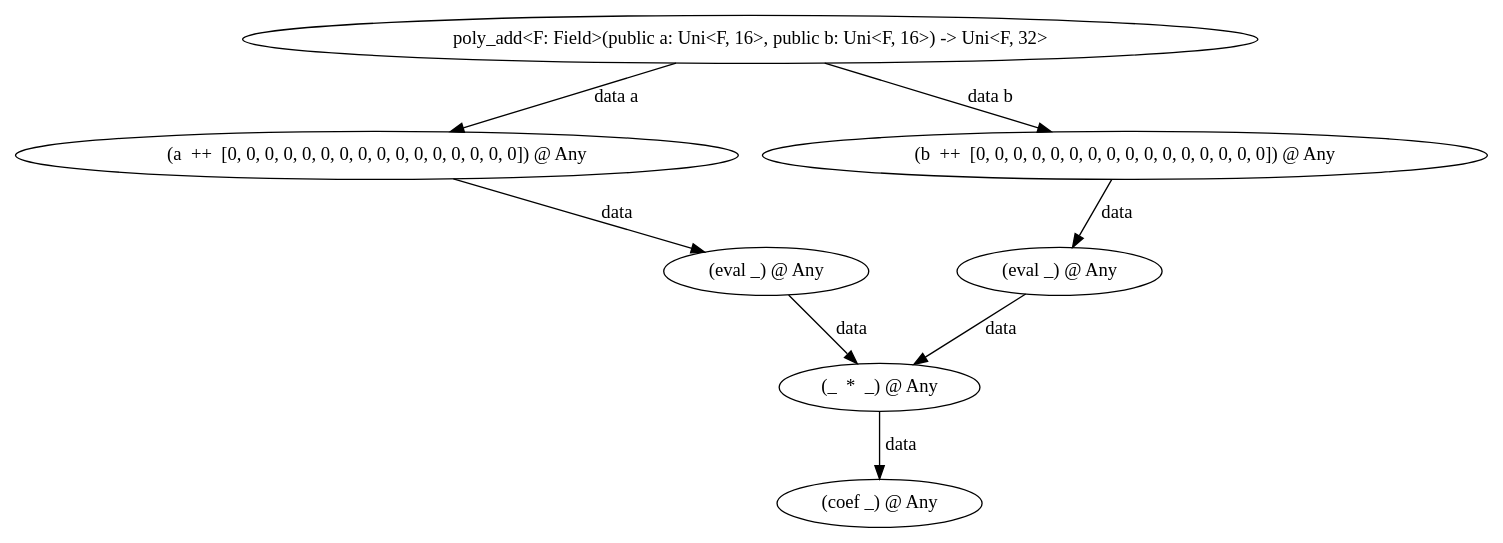
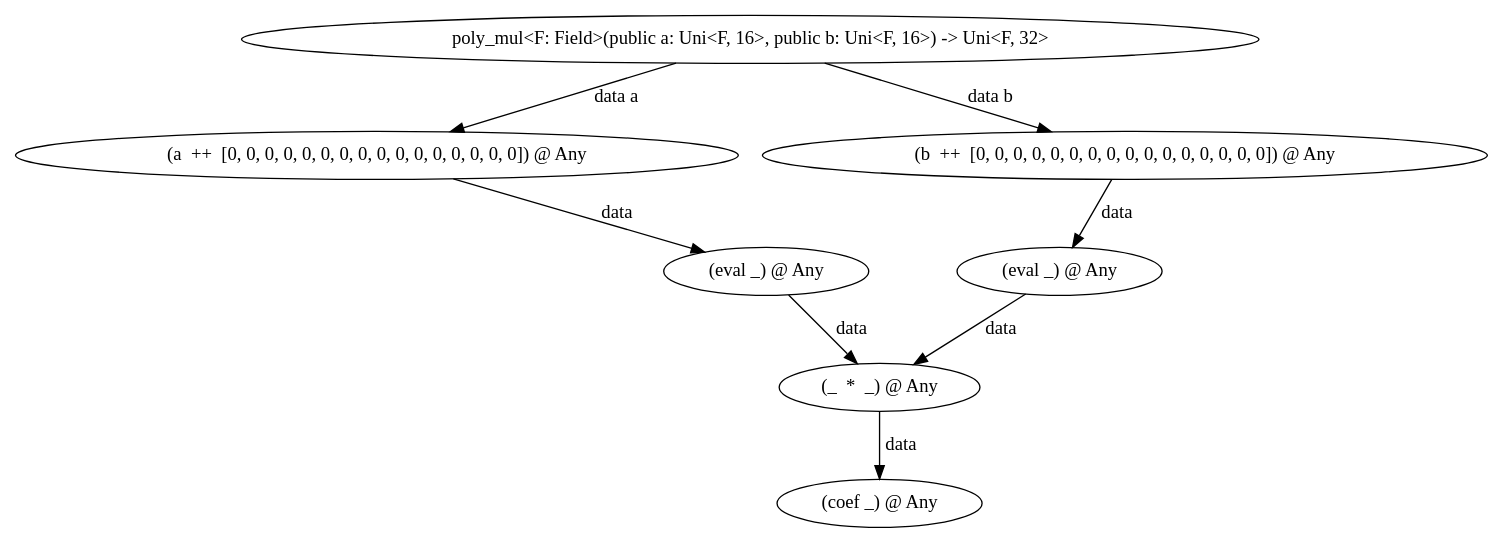
One commit to eniac/zippel changed the diagram in graph/graph_poly.dot. Above: the diagram before and after it, drawn with Graphviz. The commit also changed 7 other files, not shown here.

```diff
--- a/graph/graph_poly.dot
+++ b/graph/graph_poly.dot
@@ -1,16 +1,16 @@
 digraph {
-    0 [ label = "poly_add<F: Field>(public a: Uni<F, 16>, public b: Uni<F, 16>) -> Uni<F, 32>" ]
+    0 [ label = "poly_mul<F: Field>(public a: Uni<F, 16>, public b: Uni<F, 16>) -> Uni<F, 32>" ]
     1 [ label = "(a  ++  [0, 0, 0, 0, 0, 0, 0, 0, 0, 0, 0, 0, 0, 0, 0, 0]) @ Any" ]
     2 [ label = "(eval _) @ Any" ]
     3 [ label = "(b  ++  [0, 0, 0, 0, 0, 0, 0, 0, 0, 0, 0, 0, 0, 0, 0, 0]) @ Any" ]
     4 [ label = "(eval _) @ Any" ]
     5 [ label = "(_  *  _) @ Any" ]
     6 [ label = "(coef _) @ Any" ]
     0 -> 1 [ label = "data a" color = "black"]
     1 -> 2 [ label = "data" color = "black"]
     0 -> 3 [ label = "data b" color = "black"]
     3 -> 4 [ label = "data" color = "black"]
     2 -> 5 [ label = "data" color = "black"]
     4 -> 5 [ label = "data" color = "black"]
     5 -> 6 [ label = "data" color = "black"]
 }
```
